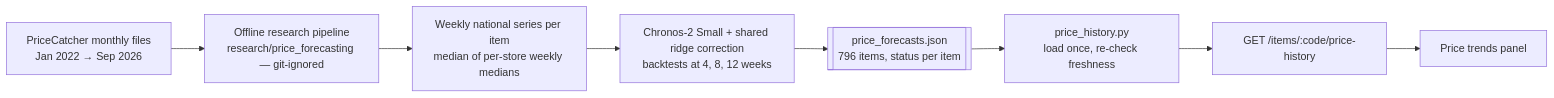
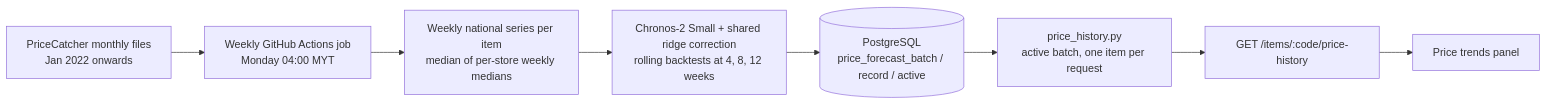
Before and after one commit to stak0015/SmartCart: the diagram in docs/04-backend/price-history-and-forecasts.md, drawn with Mermaid. The commit also changed other lines of this file and 14 other files, not shown here.

Commit message:
Document weekly PostgreSQL forecasts

````diff
--- a/docs/04-backend/price-history-and-forecasts.md
+++ b/docs/04-backend/price-history-and-forecasts.md
@@ -11,10 +11,10 @@
 ```mermaid
 flowchart LR
-    A[PriceCatcher monthly files<br/>Jan 2022 → Sep 2026] --> B[Offline research pipeline<br/>research/price_forecasting — git-ignored]
+    A[PriceCatcher monthly files<br/>Jan 2022 onwards] --> B[Weekly GitHub Actions job<br/>Monday 04:00 MYT]
     B --> C[Weekly national series per item<br/>median of per-store weekly medians]
-    C --> D[Chronos-2 Small + shared ridge correction<br/>backtests at 4, 8, 12 weeks]
-    D --> E[[price_forecasts.json<br/>796 items, status per item]]
-    E --> F[price_history.py<br/>load once, re-check freshness]
+    C --> D[Chronos-2 Small + shared ridge correction<br/>rolling backtests at 4, 8, 12 weeks]
+    D --> E[(PostgreSQL<br/>price_forecast_batch / record / active)]
+    E --> F[price_history.py<br/>active batch, one item per request]
     F --> G["GET /items/:code/price-history"]
     G --> H[Price trends panel]
 ```
````
